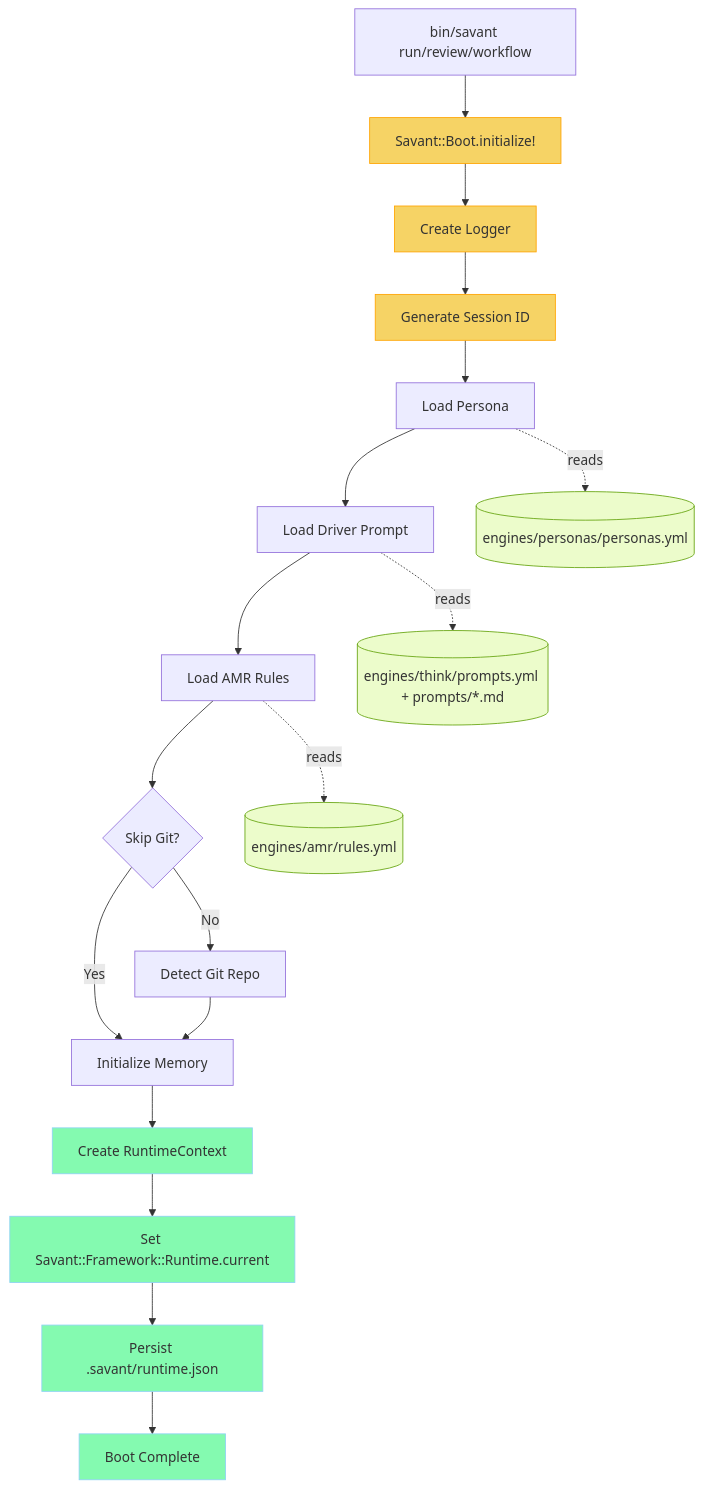
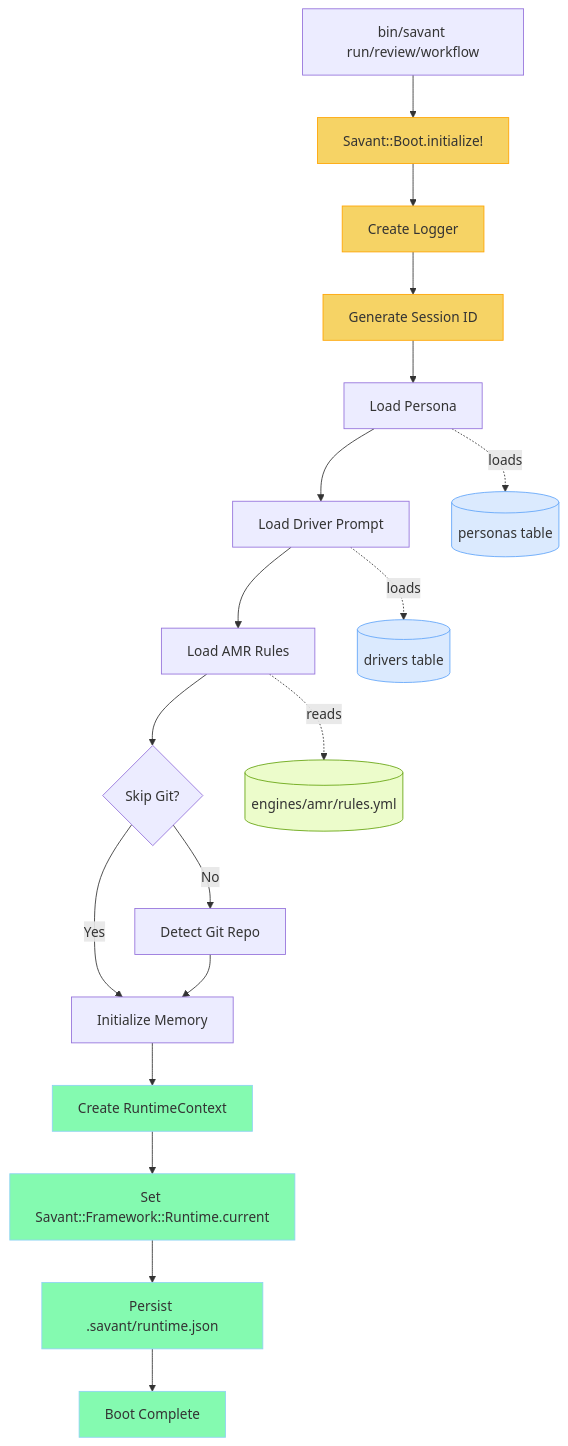
The seventh of 8 diagrams in memory_bank/architecture.md (ashabbir/savant), drawn with Mermaid before and after one commit. The commit also changed other lines of this file and 68 other files, not shown here.

````diff
--- a/memory_bank/architecture.md
+++ b/memory_bank/architecture.md
@@ -187,28 +213,30 @@
 ```mermaid
 flowchart TD
   CLI[bin/savant run/review/workflow] --> BOOT[Savant::Boot.initialize!]
   BOOT --> LOG[Create Logger]
   LOG --> SID[Generate Session ID]
   SID --> PERS[Load Persona]
   PERS --> DRV[Load Driver Prompt]
   DRV --> AMR[Load AMR Rules]
   AMR --> REPO{Skip Git?}
   REPO -->|No| GIT[Detect Git Repo]
   REPO -->|Yes| MEM[Initialize Memory]
   GIT --> MEM
   MEM --> CTX[Create RuntimeContext]
   CTX --> GLOB[Set Savant::Framework::Runtime.current]
   GLOB --> SAVE[Persist .savant/runtime.json]
   SAVE --> DONE[Boot Complete]
 
-  PERS -.->|reads| YAML1[(engines/personas/personas.yml)]
-  DRV -.->|reads| YAML2[(engines/think/prompts.yml + prompts/*.md)]
+  PERS -.->|loads| DBP[(personas table)]
+  DRV -.->|loads| DBD[(drivers table)]
   AMR -.->|reads| YAML3[(engines/amr/rules.yml)]
 
   classDef boot fill:#f6d365,stroke:#ffa400
+  classDef db fill:#dbeafe,stroke:#60a5fa
   classDef yaml fill:#ecfccb,stroke:#65a30d
   classDef ctx fill:#84fab0,stroke:#8fd3f4
   class BOOT,LOG,SID boot
-  class YAML1,YAML2,YAML3 yaml
+  class DBP,DBD db
+  class YAML3 yaml
   class CTX,GLOB,SAVE,DONE ctx
 ```
````
